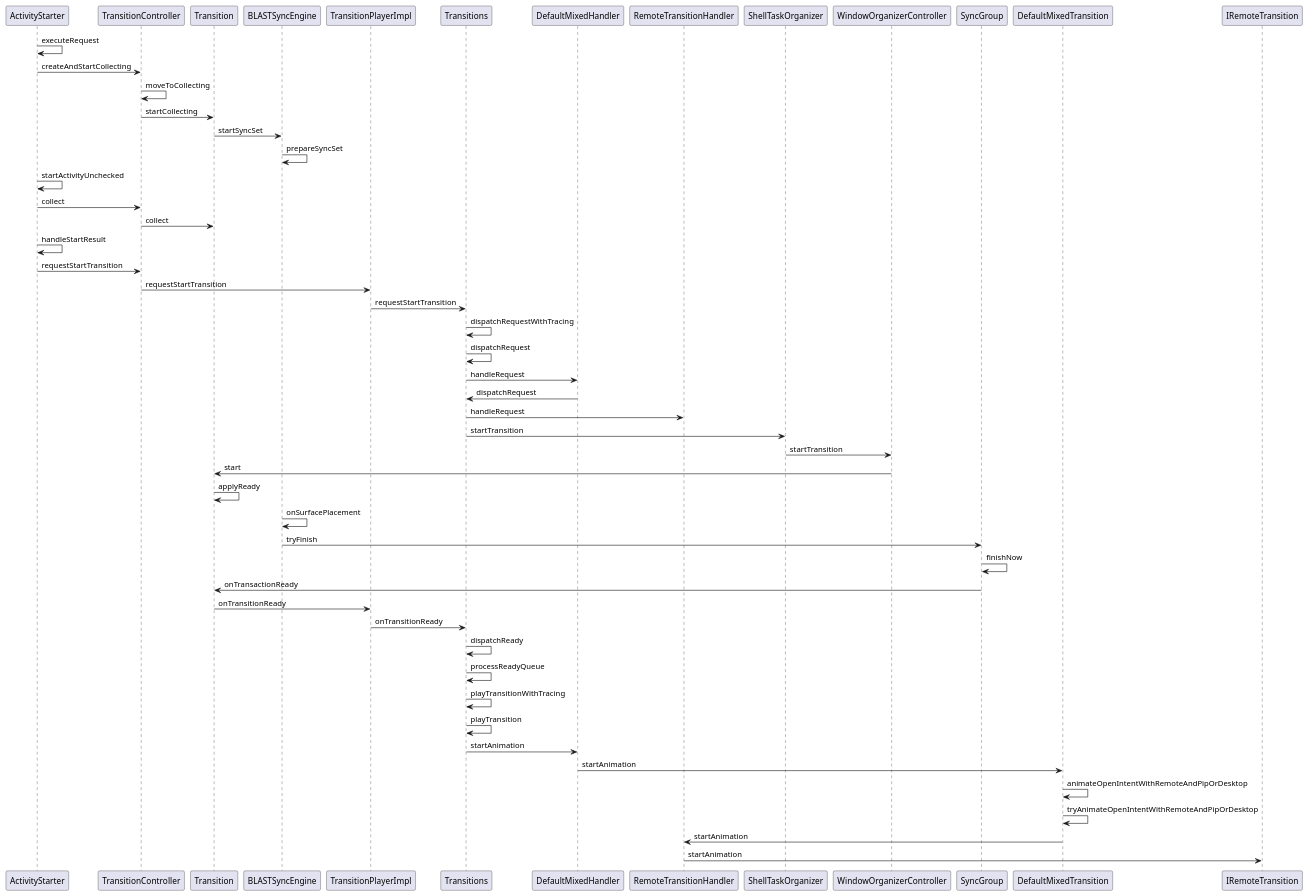
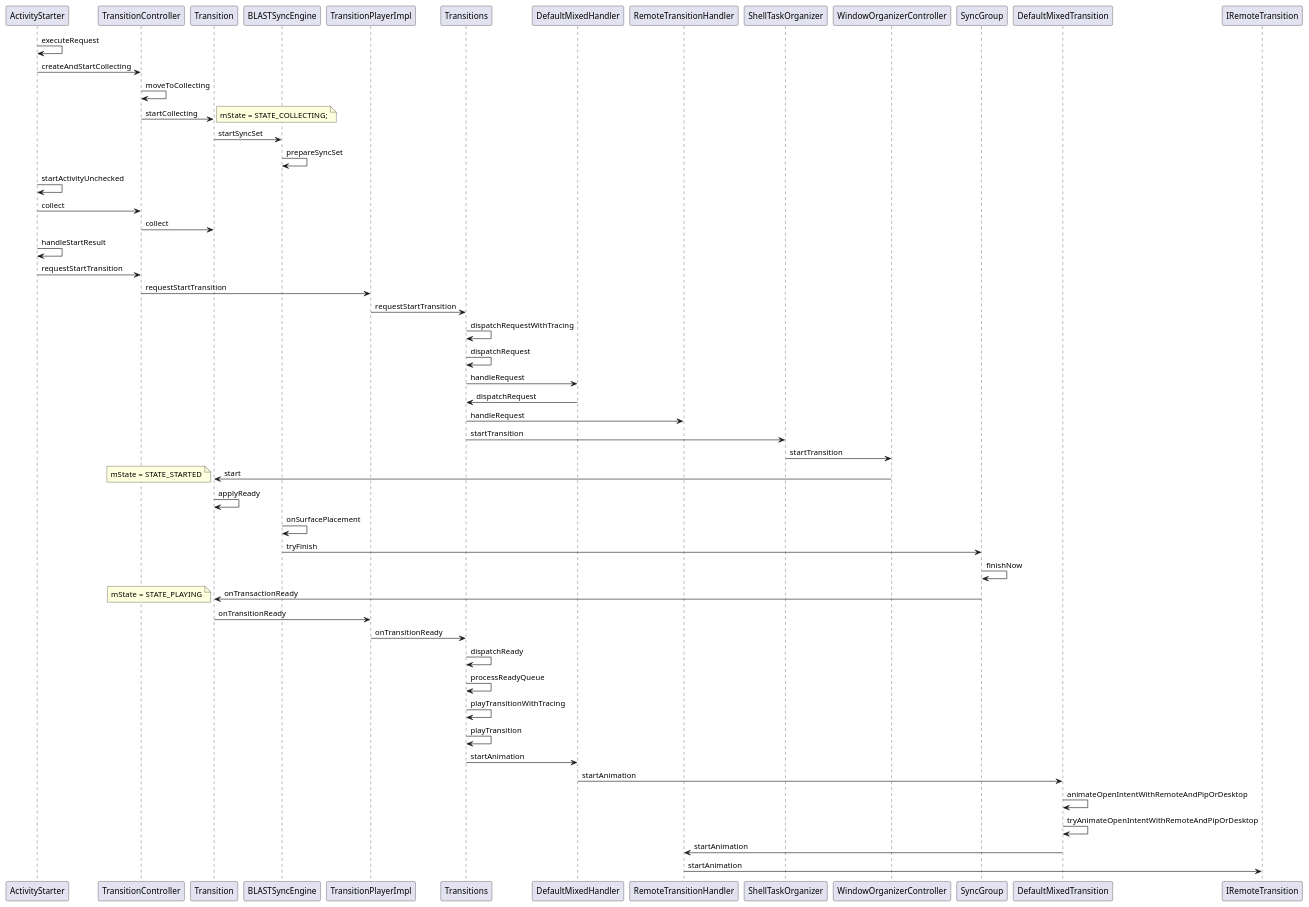
Before and after one commit to Ionicliquid/Joeeeee: the diagram in framework/Shell Transition流程图.puml, drawn with PlantUML. The commit also changed 1 other file, not shown here.

```diff
--- a/framework/Shell Transition流程图.puml
+++ b/framework/Shell Transition流程图.puml
@@ -1,42 +1,46 @@
 @startuml
 'https://plantuml.com/sequence-diagram
 
 ActivityStarter -> ActivityStarter : executeRequest
 ActivityStarter -> TransitionController: createAndStartCollecting
 TransitionController -> TransitionController: moveToCollecting
 TransitionController -> Transition: startCollecting
+note right : mState = STATE_COLLECTING;
 Transition -> BLASTSyncEngine: startSyncSet
 BLASTSyncEngine -> BLASTSyncEngine: prepareSyncSet
 ActivityStarter -> ActivityStarter:startActivityUnchecked
 ActivityStarter -> TransitionController:collect
 TransitionController -> Transition:collect
+
 ActivityStarter -> ActivityStarter: handleStartResult
 ActivityStarter -> TransitionController:requestStartTransition
 TransitionController -> TransitionPlayerImpl:requestStartTransition
 TransitionPlayerImpl -> Transitions: requestStartTransition
 Transitions -> Transitions:dispatchRequestWithTracing
 Transitions -> Transitions:dispatchRequest
 Transitions -> DefaultMixedHandler:handleRequest
 DefaultMixedHandler -> Transitions:dispatchRequest
 Transitions -> RemoteTransitionHandler: handleRequest
 Transitions -> ShellTaskOrganizer:startTransition
 ShellTaskOrganizer -> WindowOrganizerController:startTransition
 WindowOrganizerController -> Transition:start
+note left : mState = STATE_STARTED
 Transition -> Transition:applyReady
 BLASTSyncEngine -> BLASTSyncEngine:onSurfacePlacement
 BLASTSyncEngine -> SyncGroup:tryFinish
 SyncGroup -> SyncGroup:finishNow
 SyncGroup -> Transition:onTransactionReady
+note left:mState = STATE_PLAYING
 Transition -> TransitionPlayerImpl:onTransitionReady
 TransitionPlayerImpl -> Transitions:onTransitionReady
 Transitions -> Transitions:dispatchReady
 Transitions -> Transitions:processReadyQueue
 Transitions -> Transitions:playTransitionWithTracing
 Transitions -> Transitions:playTransition
 Transitions -> DefaultMixedHandler:startAnimation
 DefaultMixedHandler -> DefaultMixedTransition:startAnimation
 DefaultMixedTransition -> DefaultMixedTransition:animateOpenIntentWithRemoteAndPipOrDesktop
 DefaultMixedTransition -> DefaultMixedTransition:tryAnimateOpenIntentWithRemoteAndPipOrDesktop
 DefaultMixedTransition -> RemoteTransitionHandler:startAnimation
 RemoteTransitionHandler -> IRemoteTransition:startAnimation
 @enduml
```
